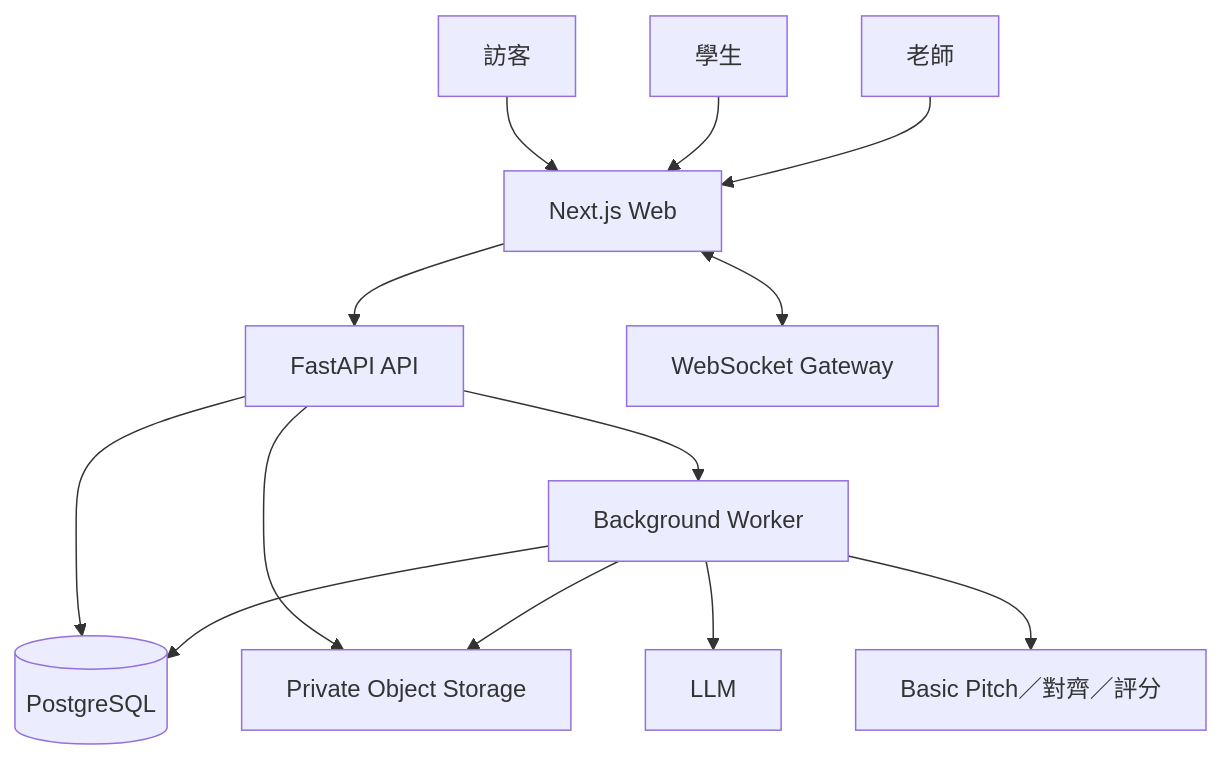
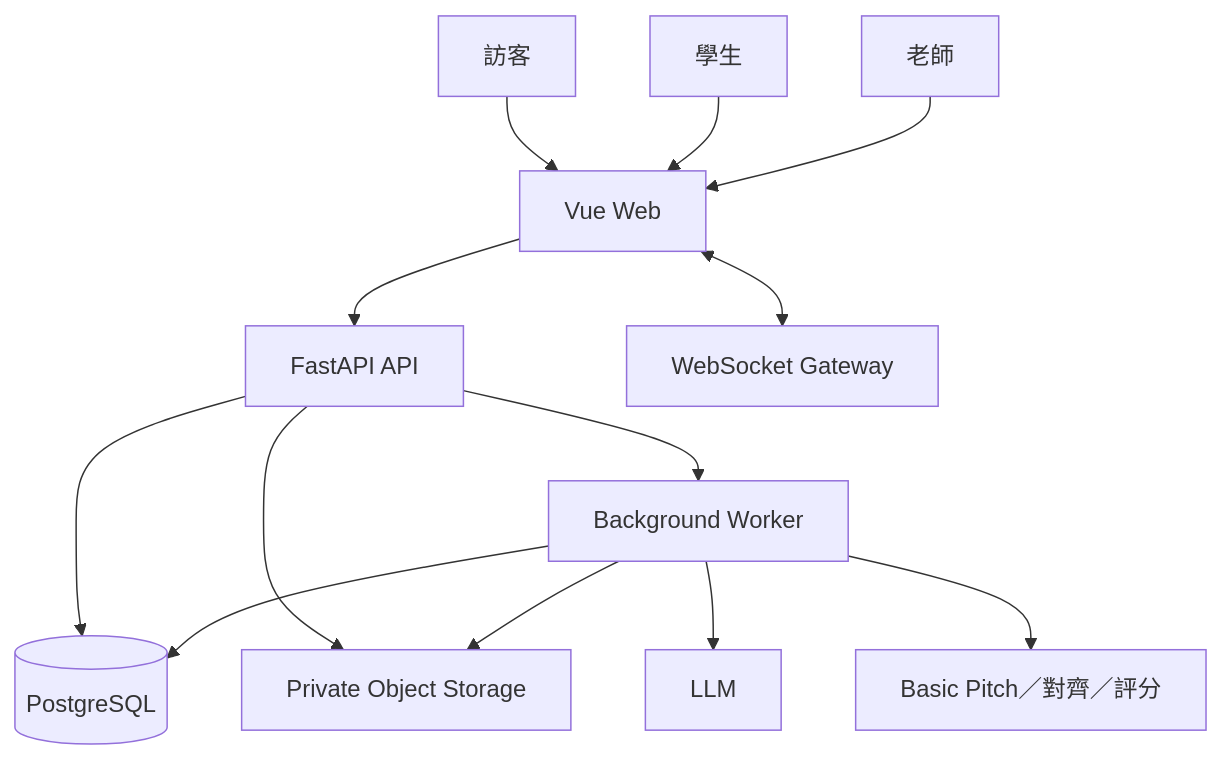
The first of 3 diagrams in docs/SAD系統架構設計.md (AnChen1026/AIPE04_group3), drawn with Mermaid before and after one commit. The commit also changed other lines of this file and 19 other files, not shown here.

````diff
--- a/docs/SAD系統架構設計.md
+++ b/docs/SAD系統架構設計.md
@@ -24,15 +26,15 @@
 ```mermaid
 flowchart TD
-    V[訪客] --> WEB[Next.js Web]
+    V[訪客] --> WEB[Vue Web]
     S[學生] --> WEB
     T[老師] --> WEB
     WEB --> API[FastAPI API]
     WEB <--> WS[WebSocket Gateway]
     API --> DB[(PostgreSQL)]
     API --> OBJ[Private Object Storage]
     API --> WORKER[Background Worker]
     WORKER --> AI[LLM]
     WORKER --> AUDIO[Basic Pitch／對齊／評分]
     WORKER --> DB
     WORKER --> OBJ
 ```
````
